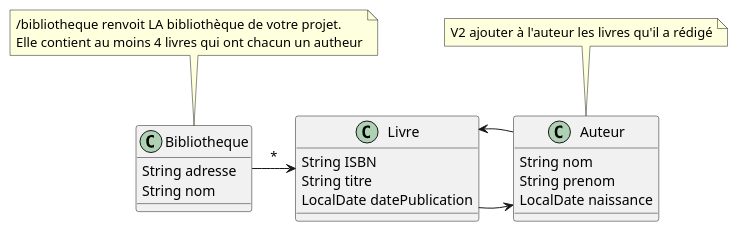
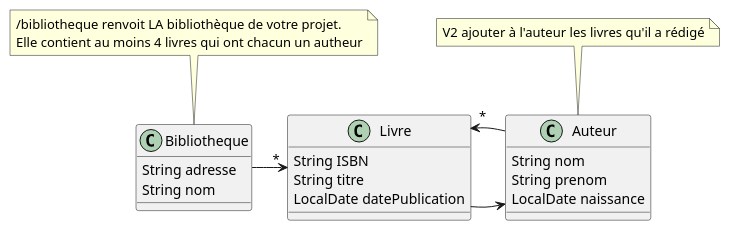
The diagram in Ressources/classes.puml (florentBourgeois/web-LPDAOO-24-25), drawn with PlantUML before and after one commit. The commit also changed 3 other files, not shown here.

```diff
--- a/Ressources/classes.puml
+++ b/Ressources/classes.puml
@@ -1,32 +1,32 @@
 @startuml
 'https://plantuml.com/class-diagram
 
 class Bibliotheque{
     String adresse
     String nom
 }
 
 class Livre {
     String ISBN
     String titre
     LocalDate datePublication
 }
 
 
 class Auteur {
     String nom
     String prenom
     LocalDate naissance
 }
 
-Bibliotheque -> Livre : *
+Bibliotheque -> "*" Livre
 Livre -> Auteur
-Auteur -> Livre
+Auteur -> "*" Livre
 
 
 note "/bibliotheque renvoit LA bibliothèque de votre projet. \nElle contient au moins 4 livres qui ont chacun un autheur" as N1
 N1 .. Bibliotheque
 
 note "V2 ajouter à l'auteur les livres qu'il a rédigé" as N2
 N2 .. Auteur
 @enduml
```
